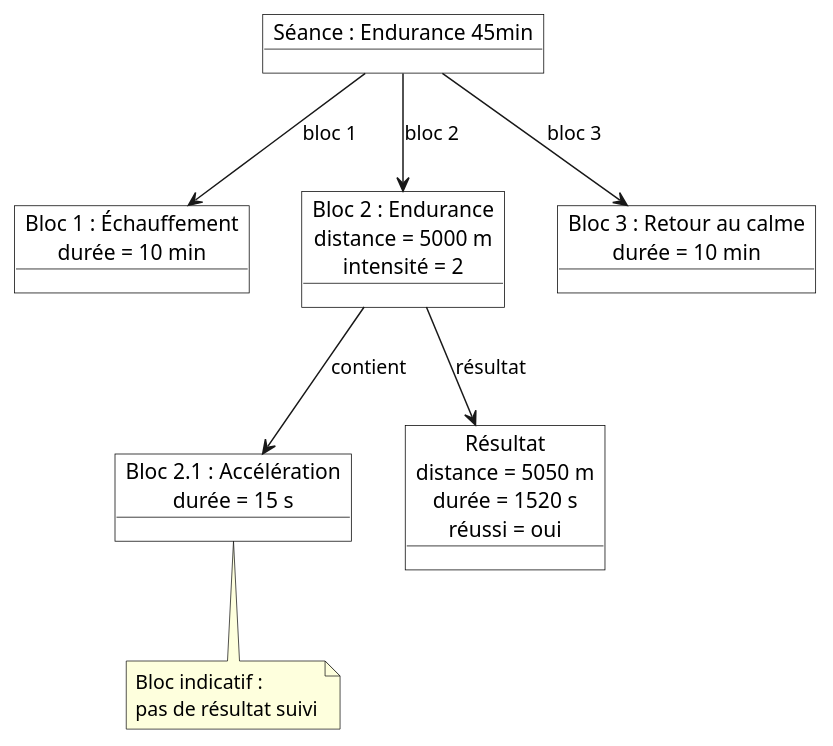
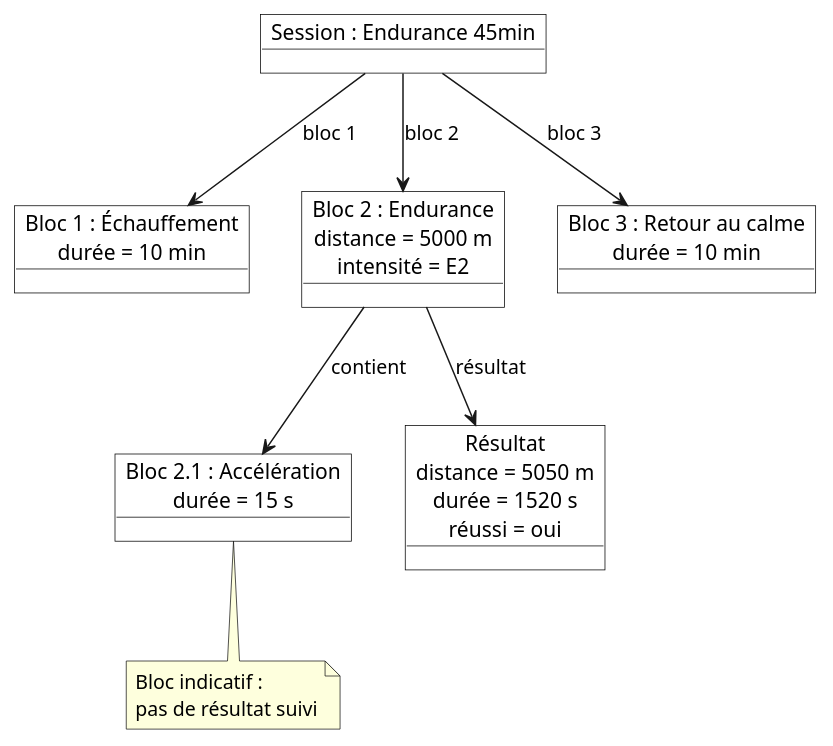
Before and after one commit to 01adrien/cours_epfc: the diagram in 3eme_annee/TFE/03-conception/assets/session.puml, drawn with PlantUML. The commit also changed 28 other files, not shown here.

```diff
--- a/3eme_annee/TFE/03-conception/assets/session.puml
+++ b/3eme_annee/TFE/03-conception/assets/session.puml
@@ -1,28 +1,28 @@
 @startuml
 skinparam backgroundColor white
 skinparam object {
   BackgroundColor white
   BorderColor black
 }
 
-object "Séance : Endurance 45min" as Session
+object "Session : Endurance 45min" as Session
 
 object "Bloc 1 : Échauffement\ndurée = 10 min" as B1
-object "Bloc 2 : Endurance\ndistance = 5000 m\nintensité = 2" as B2
+object "Bloc 2 : Endurance\ndistance = 5000 m\nintensité = E2" as B2
 object "Bloc 2.1 : Accélération\ndurée = 15 s" as B21
 object "Bloc 3 : Retour au calme\ndurée = 10 min" as B3
 
 object "Résultat\ndistance = 5050 m\ndurée = 1520 s\nréussi = oui" as R2
 
 Session --> B1 : bloc 1
 Session --> B2 : bloc 2
 Session --> B3 : bloc 3
 
 B2 --> B21 : contient
 B2 --> R2 : résultat
 
 note bottom of B21
   Bloc indicatif :
   pas de résultat suivi
 end note
 @enduml
```
